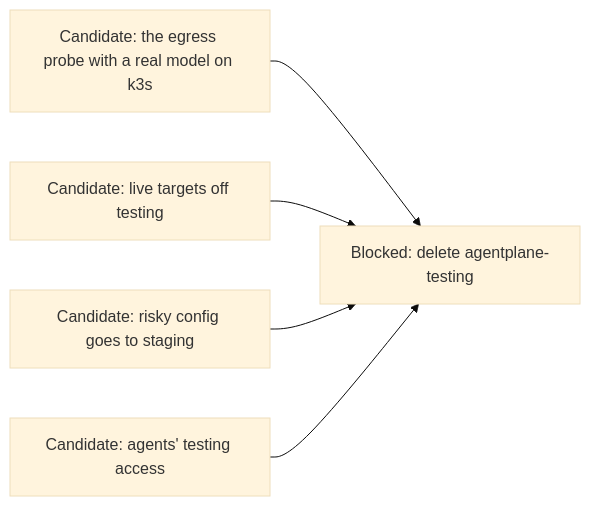
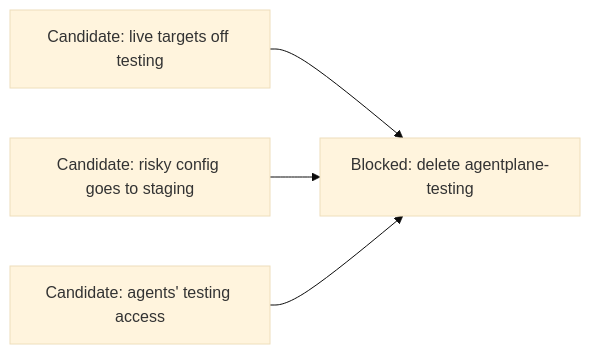
One commit to agentydragon-agent/ducktape changed diagram 18 of 19 in agentplane/plans/task_dag.md. Above: the diagram before and after it, drawn with Mermaid (base theme). The commit also changed other lines of this file and 8 other files, not shown here.

First line of the commit message:
agentplane: egress probe with a real model on k3s

````diff
--- a/agentplane/plans/task_dag.md
+++ b/agentplane/plans/task_dag.md
@@ -1932,12 +1931,10 @@
 ```mermaid
 flowchart LR
-    K3S_MODEL_SCENARIOS[Candidate: the egress probe with a real model on k3s]
     LIVE_TARGETS_OFF_TESTING[Candidate: live targets off testing]
     STAGING_FIRST_ROLLOUT[Candidate: risky config goes to staging]
     AGENT_TESTING_ACCESS_RETIRE[Candidate: agents' testing access]
     TESTING_ENVIRONMENT_RETIRE[Blocked: delete agentplane-testing]
-    K3S_MODEL_SCENARIOS --> TESTING_ENVIRONMENT_RETIRE
     LIVE_TARGETS_OFF_TESTING --> TESTING_ENVIRONMENT_RETIRE
     STAGING_FIRST_ROLLOUT --> TESTING_ENVIRONMENT_RETIRE
     AGENT_TESTING_ACCESS_RETIRE --> TESTING_ENVIRONMENT_RETIRE
 ```
````
